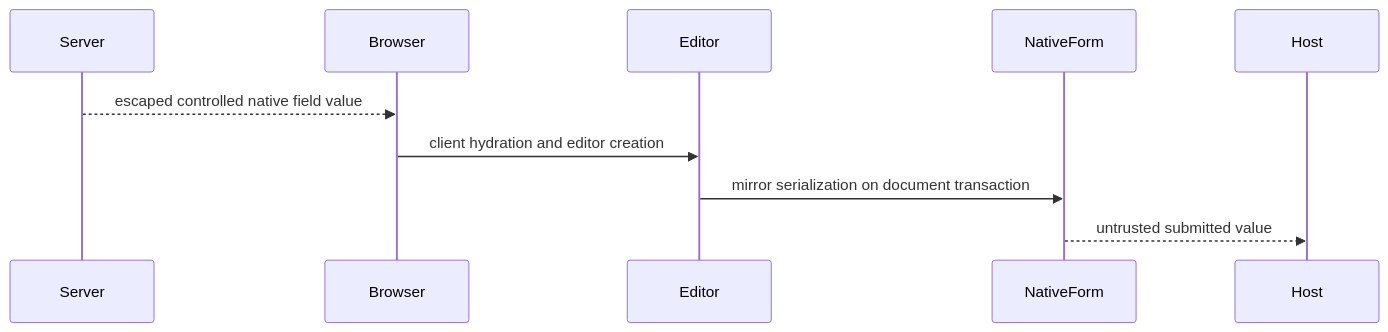
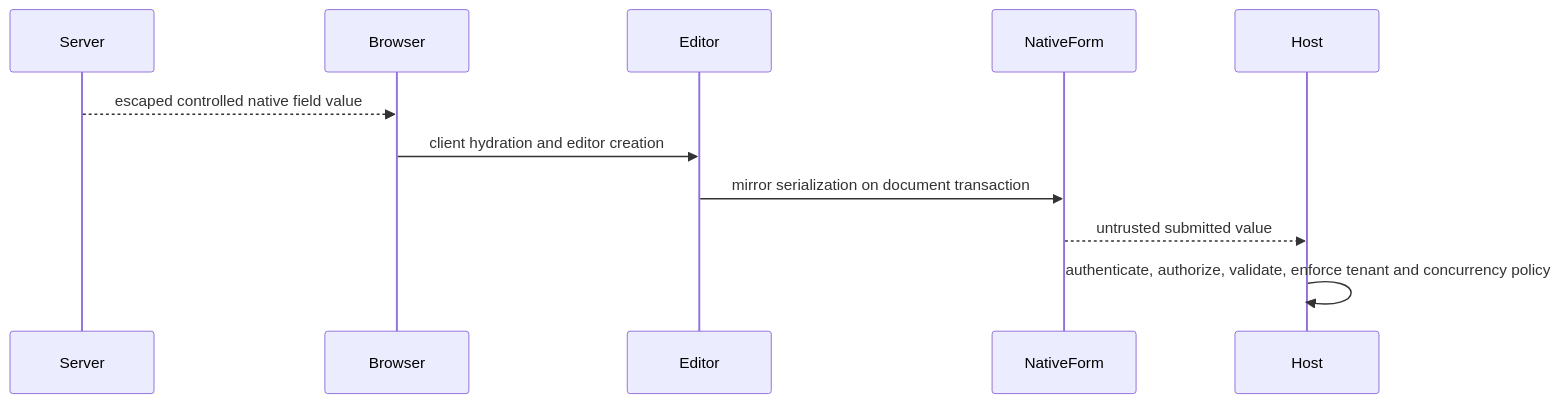
Before and after one commit to ContextualWisdomLab/inkspan: the ninth of 15 diagrams in docs/UML.md, drawn with Mermaid. The commit also changed other lines of this file, not shown here.

Commit message:
docs(uml): complete Inkspan runtime and deployment diagrams

````diff
--- a/docs/UML.md
+++ b/docs/UML.md
@@ -78,11 +201,13 @@
 ```mermaid
 sequenceDiagram
   participant Server
   participant Browser
   participant Editor
   participant NativeForm
+  participant Host
   Server-->>Browser: escaped controlled native field value
   Browser->>Editor: client hydration and editor creation
   Editor->>NativeForm: mirror serialization on document transaction
   NativeForm-->>Host: untrusted submitted value
+  Host->>Host: authenticate, authorize, validate, enforce tenant and concurrency policy
 ```
````
